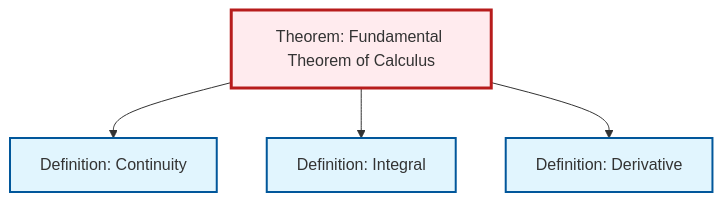
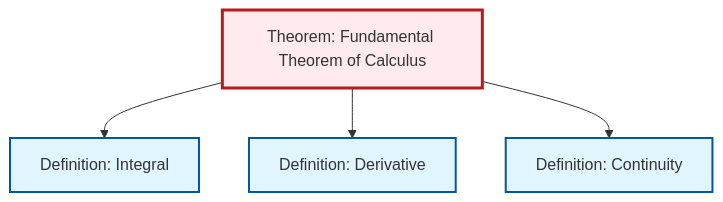
Before and after one commit to RK0429/ModernMath: the diagram in content/ja/analysis/thm-fundamental-calculus.qmd, drawn with Mermaid. The commit also changed other lines of this file and 597 other files, not shown here.

````diff
--- a/content/ja/analysis/thm-fundamental-calculus.qmd
+++ b/content/ja/analysis/thm-fundamental-calculus.qmd
@@ -142,20 +142,20 @@
 ```{mermaid}
 %%| fig-cap: "Local dependency graph"
 graph TD
     classDef definition fill:#e1f5fe,stroke:#01579b,stroke-width:2px
     classDef theorem fill:#f3e5f5,stroke:#4a148c,stroke-width:2px
     classDef axiom fill:#fff3e0,stroke:#e65100,stroke-width:2px
     classDef example fill:#e8f5e9,stroke:#1b5e20,stroke-width:2px
     classDef current fill:#ffebee,stroke:#b71c1c,stroke-width:3px
+    thm-fundamental-calculus["Theorem: Fundamental Theorem of Calculus"]:::theorem
     def-derivative["Definition: Derivative"]:::definition
+    def-continuity["Definition: Continuity"]:::definition
     def-integral["Definition: Integral"]:::definition
-    thm-fundamental-calculus["Theorem: Fundamental Theorem of Calculus"]:::theorem
-    def-continuity["Definition: Continuity"]:::definition
-    thm-fundamental-calculus --> def-continuity
     thm-fundamental-calculus --> def-integral
     thm-fundamental-calculus --> def-derivative
+    thm-fundamental-calculus --> def-continuity
     class thm-fundamental-calculus current
     click def-derivative "def-derivative.html" "Definition: Derivativeへ"
+    click def-continuity "def-continuity.html" "Definition: Continuityへ"
     click def-integral "def-integral.html" "Definition: Integralへ"
-    click def-continuity "def-continuity.html" "Definition: Continuityへ"
 ```
````
